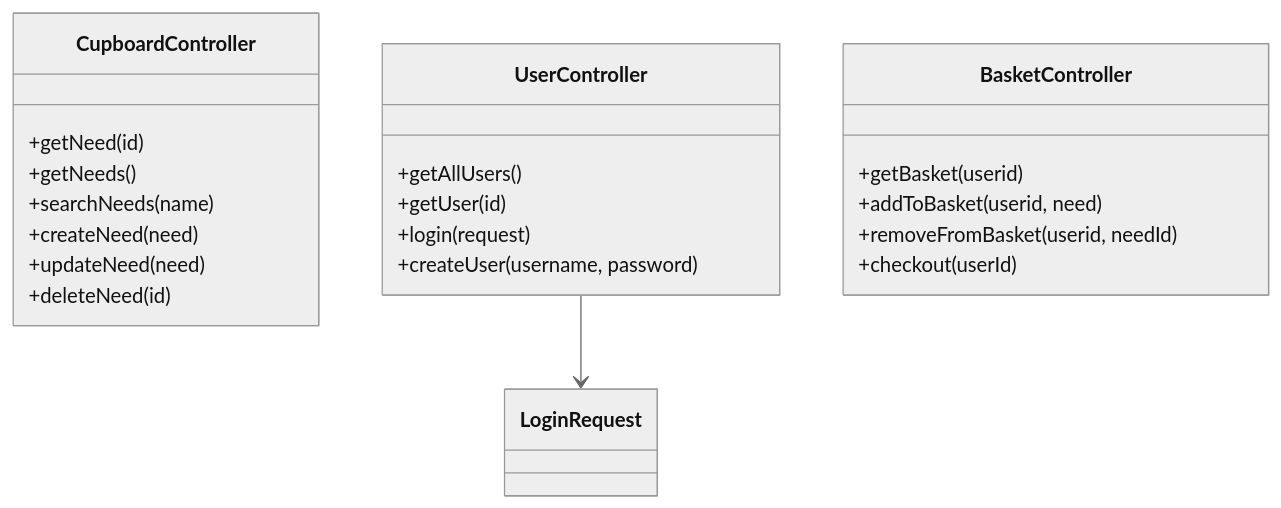
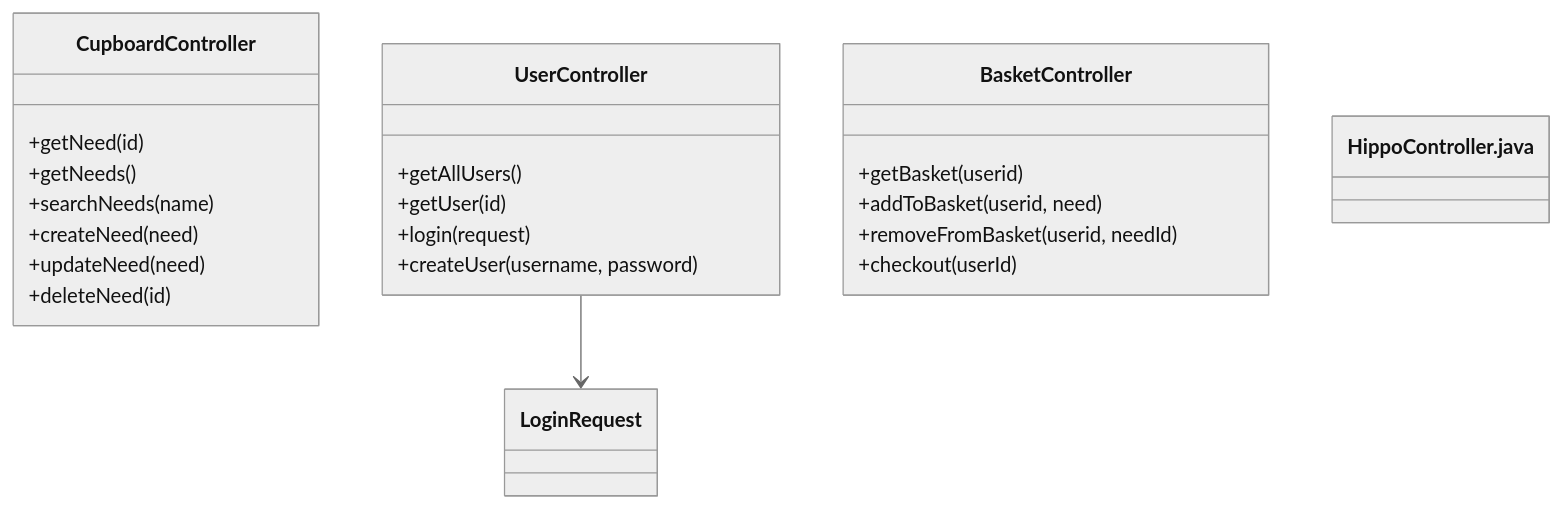
Before and after one commit to QuinnYates29/hungry-hippos: the second of 3 diagrams in docs/DesignDoc.md, drawn with Mermaid (neutral theme). The commit also changed other lines of this file, not shown here.

````diff
--- a/docs/DesignDoc.md
+++ b/docs/DesignDoc.md
@@ -201,30 +201,34 @@
 ```mermaid
 classDiagram
 
 class CupboardController {
   +getNeed(id)
   +getNeeds()
   +searchNeeds(name)
   +createNeed(need)
   +updateNeed(need)
   +deleteNeed(id)
 }
 
 class UserController {
   +getAllUsers()
   +getUser(id)
   +login(request)
   +createUser(username, password)
 }
 
 class LoginRequest
 
 class BasketController {
   +getBasket(userid)
   +addToBasket(userid, need)
   +removeFromBasket(userid, needId)
   +checkout(userId)
 }
 
+class HippoController.java {
+  
+}
+
 UserController --> LoginRequest
 ```
````
